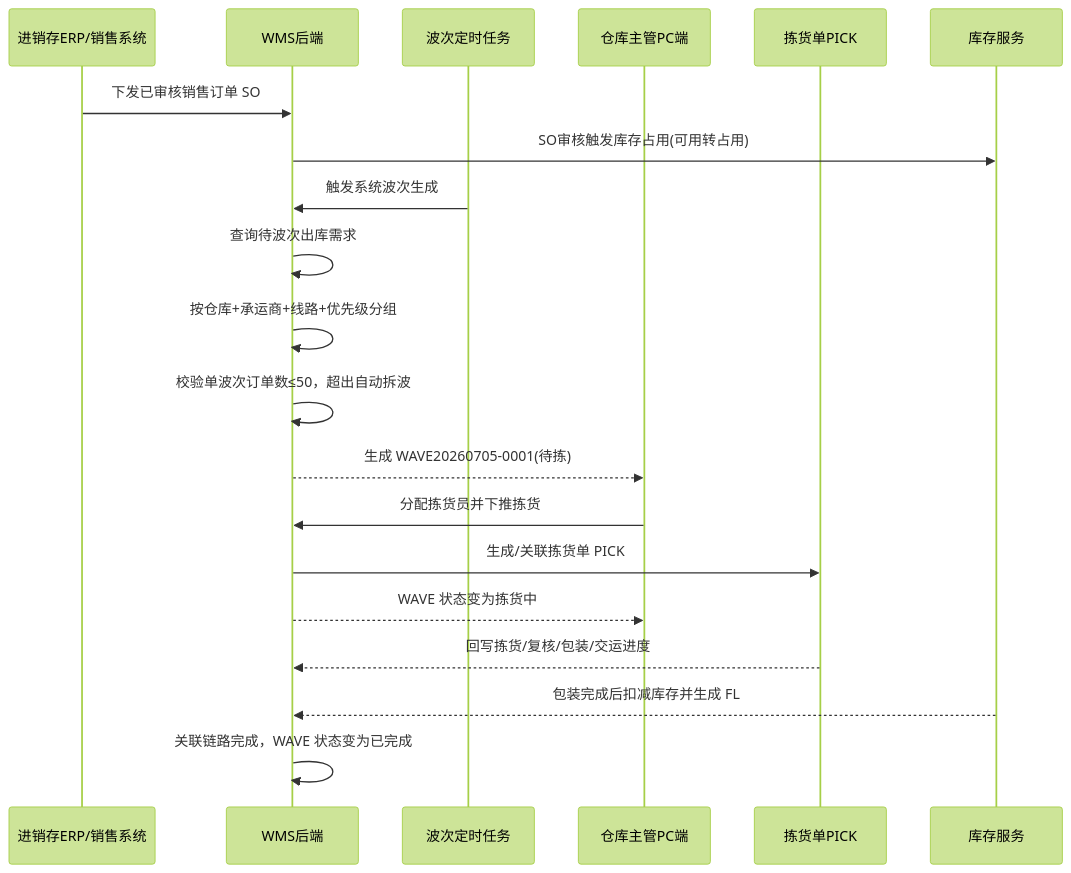
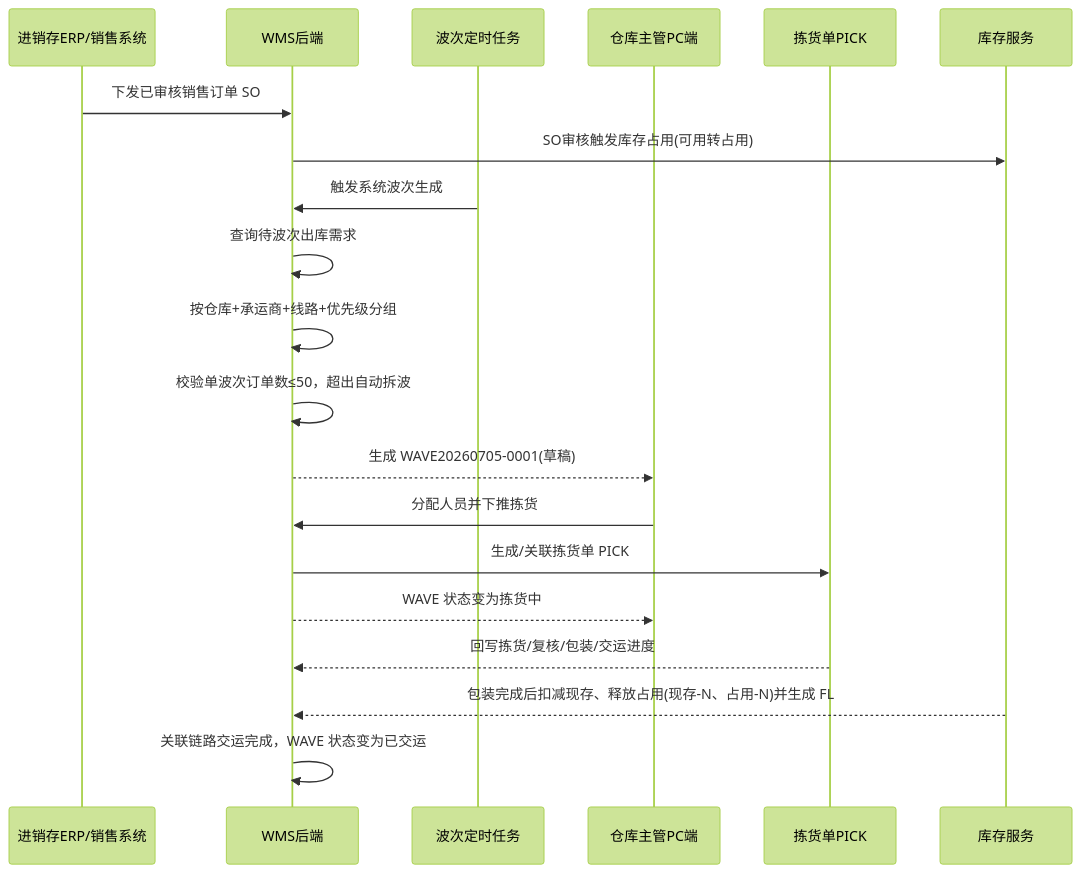
The second of 2 diagrams in prd-docs/出库管理/波次/波次_业务流程推演.md (lophyJessica/forge-crm), drawn with Mermaid (forest theme) before and after one commit. The commit also changed other lines of this file and 50 other files, not shown here.

````diff
--- a/prd-docs/出库管理/波次/波次_业务流程推演.md
+++ b/prd-docs/出库管理/波次/波次_业务流程推演.md
@@ -52,23 +52,23 @@
 ```mermaid
 sequenceDiagram
     participant ERP as 进销存ERP/销售系统
     participant WMS as WMS后端
     participant JOB as 波次定时任务
     participant PC as 仓库主管PC端
     participant PICK as 拣货单PICK
     participant STOCK as 库存服务
 
     ERP->>WMS: 下发已审核销售订单 SO
     WMS->>STOCK: SO审核触发库存占用(可用转占用)
     JOB->>WMS: 触发系统波次生成
     WMS->>WMS: 查询待波次出库需求
     WMS->>WMS: 按仓库+承运商+线路+优先级分组
     WMS->>WMS: 校验单波次订单数≤50，超出自动拆波
-    WMS-->>PC: 生成 WAVE20260705-0001(待拣)
-    PC->>WMS: 分配拣货员并下推拣货
+    WMS-->>PC: 生成 WAVE20260705-0001(草稿)
+    PC->>WMS: 分配人员并下推拣货
     WMS->>PICK: 生成/关联拣货单 PICK
     WMS-->>PC: WAVE 状态变为拣货中
     PICK-->>WMS: 回写拣货/复核/包装/交运进度
-    STOCK-->>WMS: 包装完成后扣减库存并生成 FL
-    WMS->>WMS: 关联链路完成，WAVE 状态变为已完成
+    STOCK-->>WMS: 包装完成后扣减现存、释放占用(现存-N、占用-N)并生成 FL
+    WMS->>WMS: 关联链路交运完成，WAVE 状态变为已交运
 ```
````
